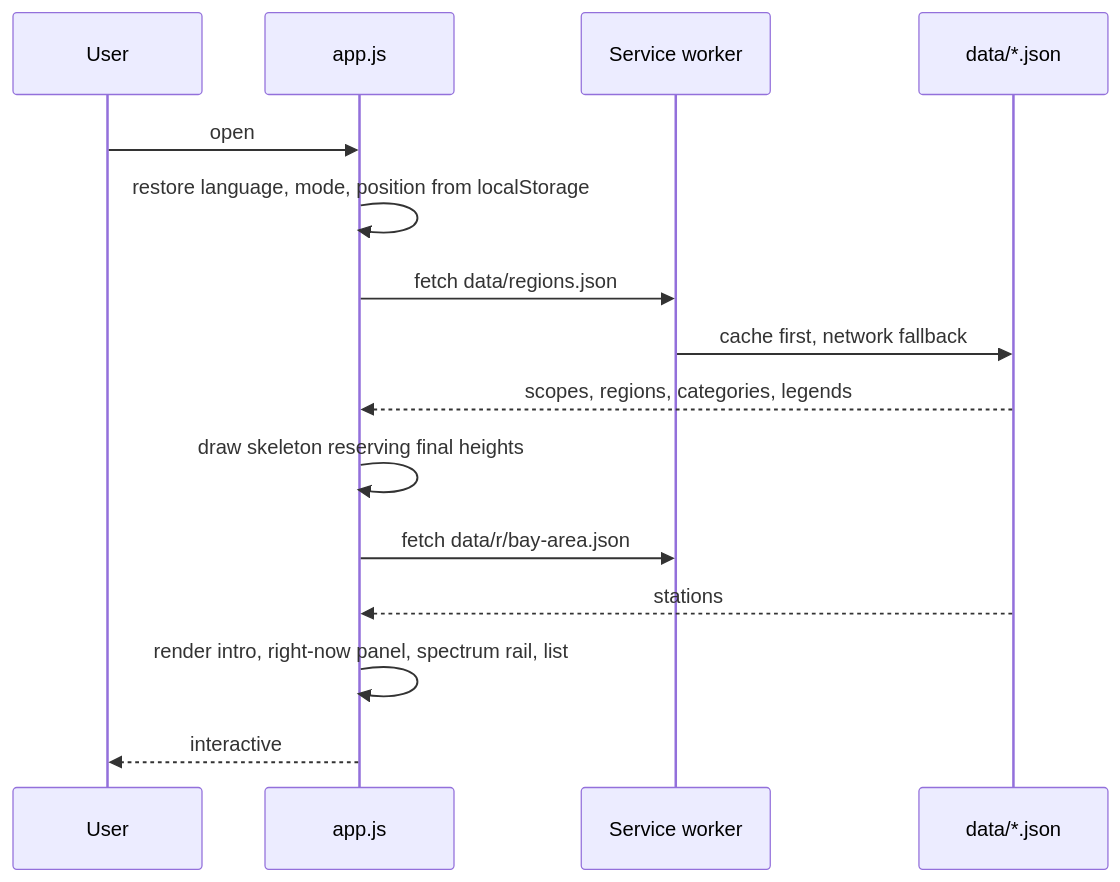
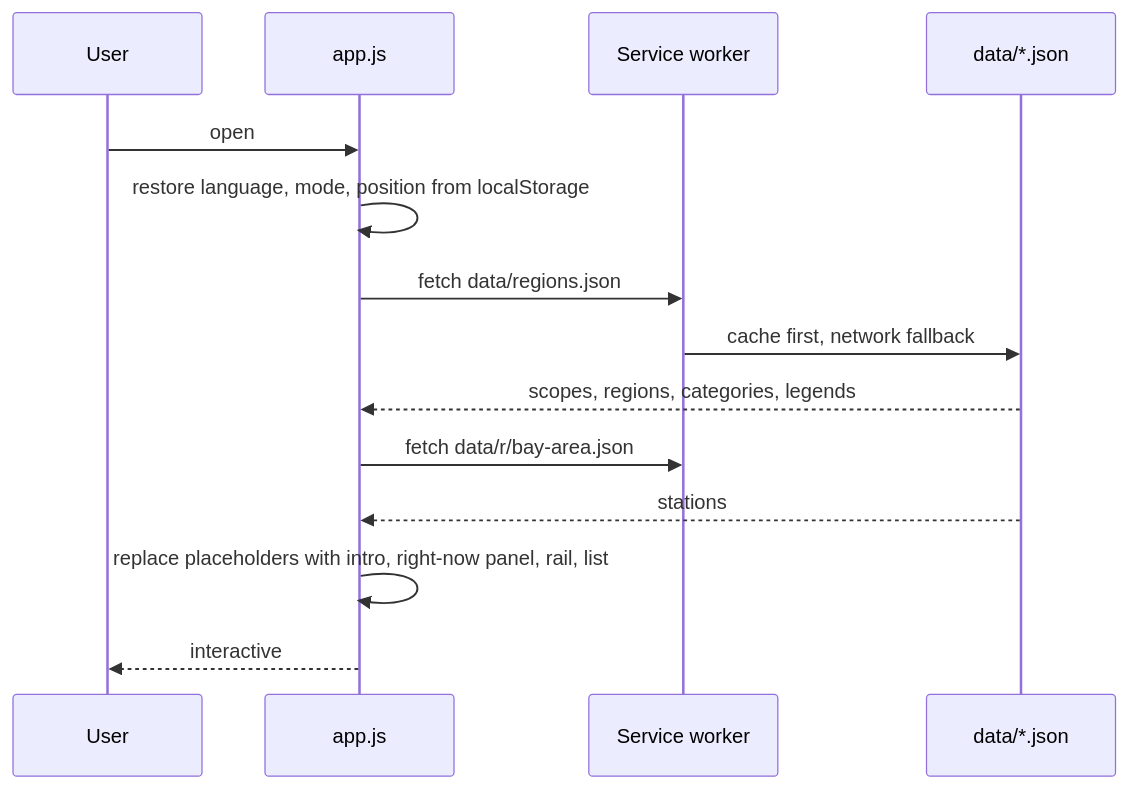
The second of 6 diagrams in docs/ARCHITECTURE.md (AndyUneducated/airwaves), drawn with Mermaid before and after one commit. The commit also changed other lines of this file and 5 other files, not shown here.

````diff
--- a/docs/ARCHITECTURE.md
+++ b/docs/ARCHITECTURE.md
@@ -41,18 +41,17 @@
 ```mermaid
 sequenceDiagram
   participant U as User
   participant A as app.js
   participant SW as Service worker
   participant D as data/*.json
 
   U->>A: open #/us/bay-area?pro=1
   A->>A: restore language, mode, position from localStorage
   A->>SW: fetch data/regions.json
   SW->>D: cache first, network fallback
   D-->>A: scopes, regions, categories, legends
-  A->>A: draw skeleton reserving final heights
   A->>SW: fetch data/r/bay-area.json
   D-->>A: stations
-  A->>A: render intro, right-now panel, spectrum rail, list
+  A->>A: replace placeholders with intro, right-now panel, rail, list
   A-->>U: interactive
 ```
````
